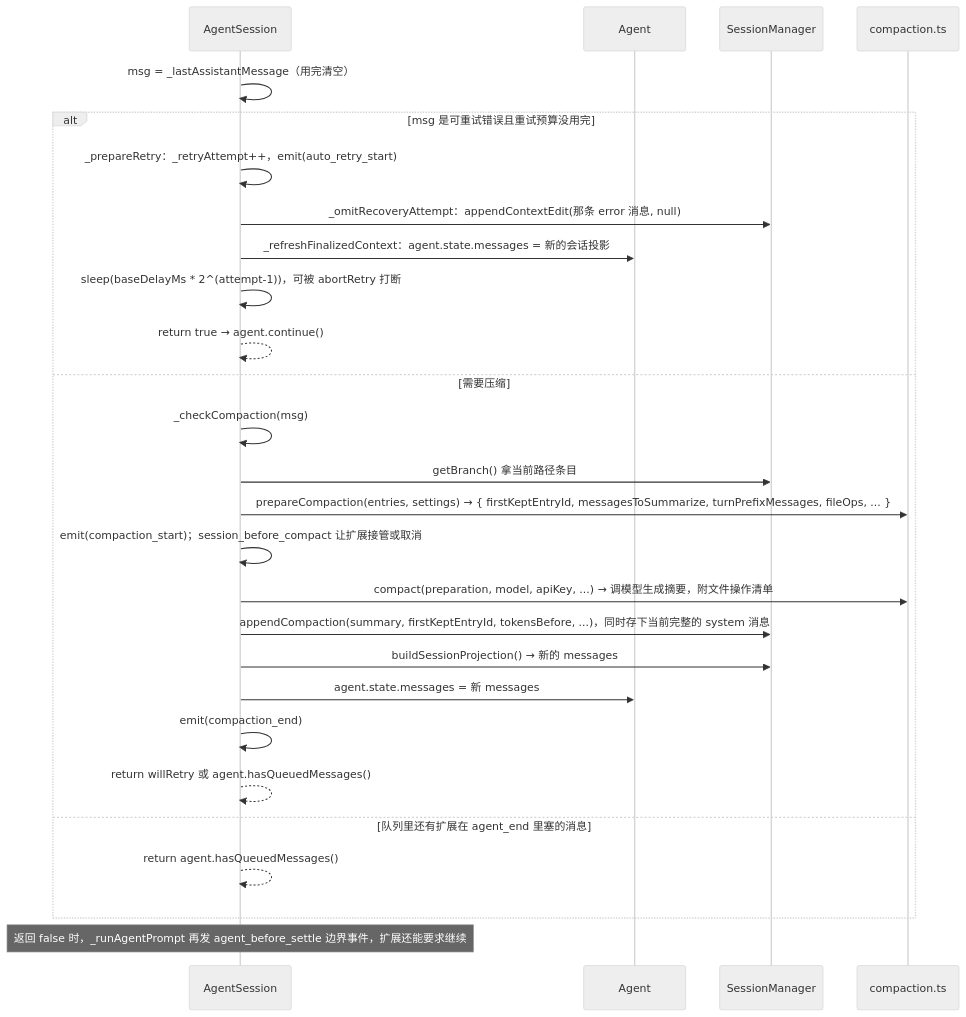
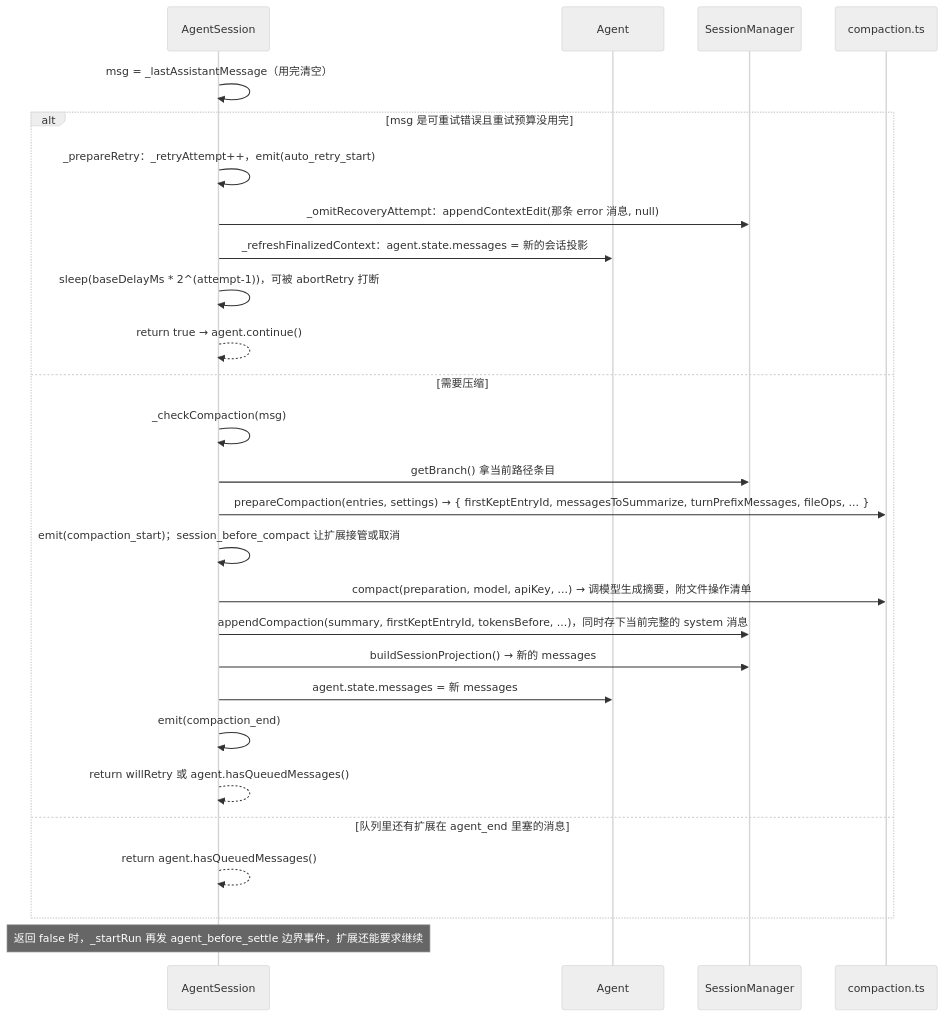
Before and after one commit to nickqiaoo/nickqiaoo.github.io: diagram 15 of 19 in src/content/post/agents-pi-mono/index.md, drawn with Mermaid (neutral theme). The commit also changed other lines of this file, not shown here.

````diff
--- a/src/content/post/agents-pi-mono/index.md
+++ b/src/content/post/agents-pi-mono/index.md
@@ -1747,30 +1767,30 @@
 ```mermaid
 sequenceDiagram
   participant AS as AgentSession
   participant AG as Agent
   participant SM as SessionManager
   participant C as compaction.ts
 
   AS->>AS: msg = _lastAssistantMessage（用完清空）
   alt msg 是可重试错误且重试预算没用完
     AS->>AS: _prepareRetry：_retryAttempt++，emit(auto_retry_start)
     AS->>SM: _omitRecoveryAttempt：appendContextEdit(那条 error 消息, null)
     AS->>AG: _refreshFinalizedContext：agent.state.messages = 新的会话投影
     AS->>AS: sleep(baseDelayMs * 2^(attempt-1))，可被 abortRetry 打断
     AS-->>AS: return true → agent.continue()
   else 需要压缩
     AS->>AS: _checkCompaction(msg)
     AS->>SM: getBranch() 拿当前路径条目
     AS->>C: prepareCompaction(entries, settings) → { firstKeptEntryId, messagesToSummarize, turnPrefixMessages, fileOps, ... }
     AS->>AS: emit(compaction_start)；session_before_compact 让扩展接管或取消
     AS->>C: compact(preparation, model, apiKey, ...) → 调模型生成摘要，附文件操作清单
     AS->>SM: appendCompaction(summary, firstKeptEntryId, tokensBefore, ...)，同时存下当前完整的 system 消息
     AS->>SM: buildSessionProjection() → 新的 messages
     AS->>AG: agent.state.messages = 新 messages
     AS->>AS: emit(compaction_end)
     AS-->>AS: return willRetry 或 agent.hasQueuedMessages()
   else 队列里还有扩展在 agent_end 里塞的消息
     AS-->>AS: return agent.hasQueuedMessages()
   end
-  Note over AS: 返回 false 时，_runAgentPrompt 再发 agent_before_settle 边界事件，扩展还能要求继续
+  Note over AS: 返回 false 时，_startRun 再发 agent_before_settle 边界事件，扩展还能要求继续
 ```
````
